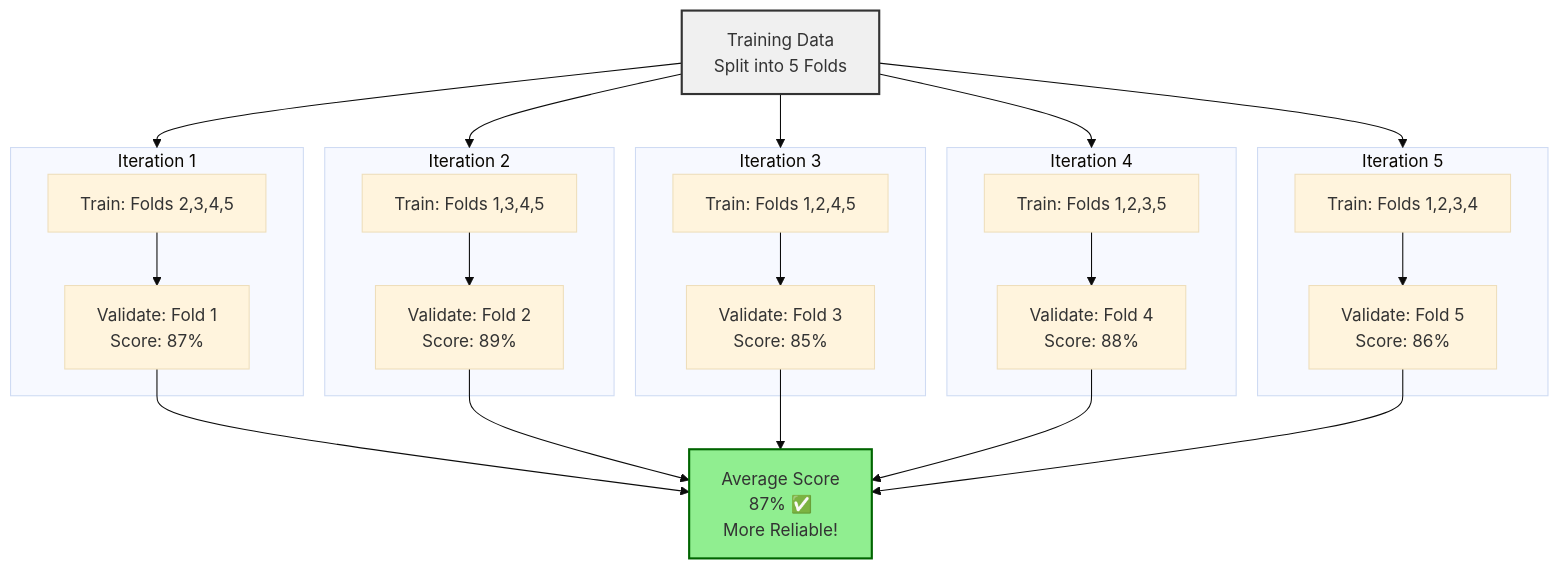
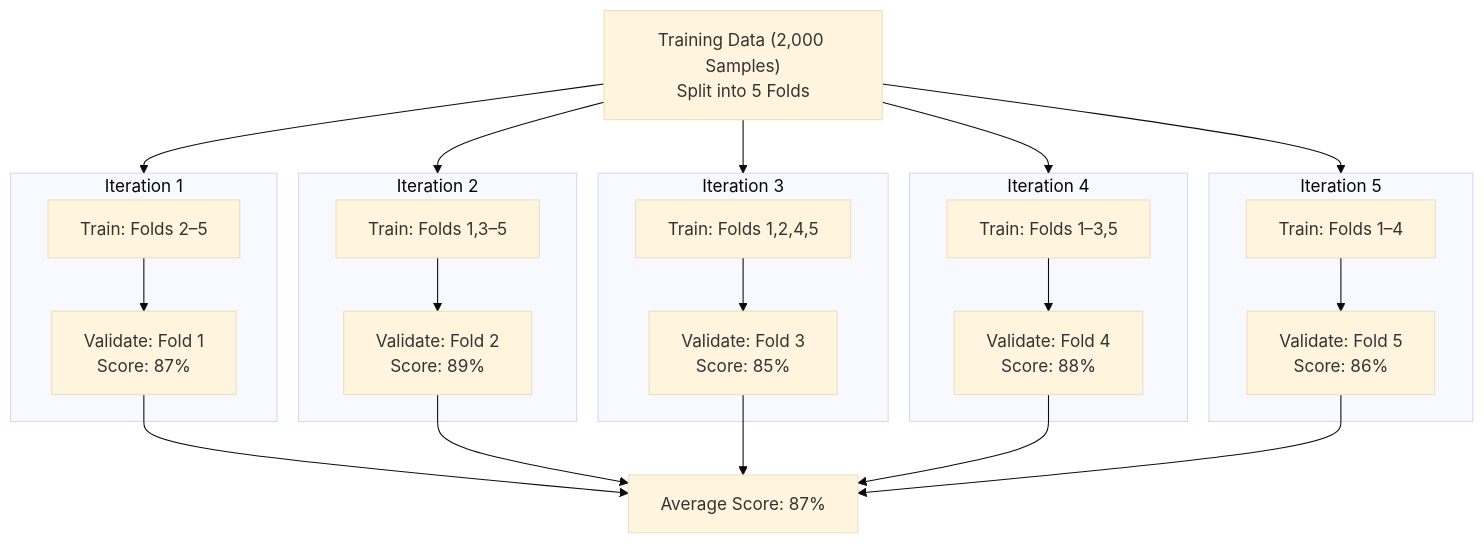
The fifth of 7 diagrams in _posts/series/journey-automation-to-ai/2026-01-11-series-2-chapter-2-3-training-vs-inference.md (ravijoshi1810/codifyme), drawn with Mermaid (base theme) before and after one commit. The commit also changed other lines of this file and 25 other files, not shown here.

````diff
--- a/_posts/series/journey-automation-to-ai/2026-01-11-series-2-chapter-2-3-training-vs-inference.md
+++ b/_posts/series/journey-automation-to-ai/2026-01-11-series-2-chapter-2-3-training-vs-inference.md
@@ -285,42 +264,37 @@
 ```mermaid
 flowchart TD
-    Data["Training Data<br/>Split into 5 Folds"]
-    
-    subgraph Iteration1["Iteration 1"]
-        T1["Train: Folds 2,3,4,5"]
-        V1["Validate: Fold 1<br/>Score: 87%"]
-        T1 --> V1
-    end
-    
-    subgraph Iteration2["Iteration 2"]
-        T2["Train: Folds 1,3,4,5"]
-        V2["Validate: Fold 2<br/>Score: 89%"]
-        T2 --> V2
-    end
-    
-    subgraph Iteration3["Iteration 3"]
-        T3["Train: Folds 1,2,4,5"]
-        V3["Validate: Fold 3<br/>Score: 85%"]
-        T3 --> V3
-    end
-    
-    subgraph Iteration4["Iteration 4"]
-        T4["Train: Folds 1,2,3,5"]
-        V4["Validate: Fold 4<br/>Score: 88%"]
-        T4 --> V4
-    end
-    
-    subgraph Iteration5["Iteration 5"]
-        T5["Train: Folds 1,2,3,4"]
-        V5["Validate: Fold 5<br/>Score: 86%"]
-        T5 --> V5
-    end
-    
-    Avg["Average Score<br/>87% ✅<br/>More Reliable!"]
-    
-    Data --> Iteration1 & Iteration2 & Iteration3 & Iteration4 & Iteration5
-    V1 & V2 & V3 & V4 & V5 --> Avg
-    
-    style Data fill:#f0f0f0,stroke:#333,stroke-width:2px
-    style Avg fill:#90EE90,stroke:#006400,stroke-width:2px
+        Data["Training Data (2,000 Samples)<br/>Split into 5 Folds"]
+
+        subgraph I1["Iteration 1"]
+                T1["Train: Folds 2–5"]
+                V1["Validate: Fold 1<br/>Score: 87%"]
+                T1 --> V1
+        end
+
+        subgraph I2["Iteration 2"]
+                T2["Train: Folds 1,3–5"]
+                V2["Validate: Fold 2<br/>Score: 89%"]
+                T2 --> V2
+        end
+
+        subgraph I3["Iteration 3"]
+                T3["Train: Folds 1,2,4,5"]
+                V3["Validate: Fold 3<br/>Score: 85%"]
+                T3 --> V3
+        end
+
+        subgraph I4["Iteration 4"]
+                T4["Train: Folds 1–3,5"]
+                V4["Validate: Fold 4<br/>Score: 88%"]
+                T4 --> V4
+        end
+
+        subgraph I5["Iteration 5"]
+                T5["Train: Folds 1–4"]
+                V5["Validate: Fold 5<br/>Score: 86%"]
+                T5 --> V5
+        end
+
+        Data --> I1 & I2 & I3 & I4 & I5
+        V1 & V2 & V3 & V4 & V5 --> Avg["Average Score: 87%"]
 ```
````
